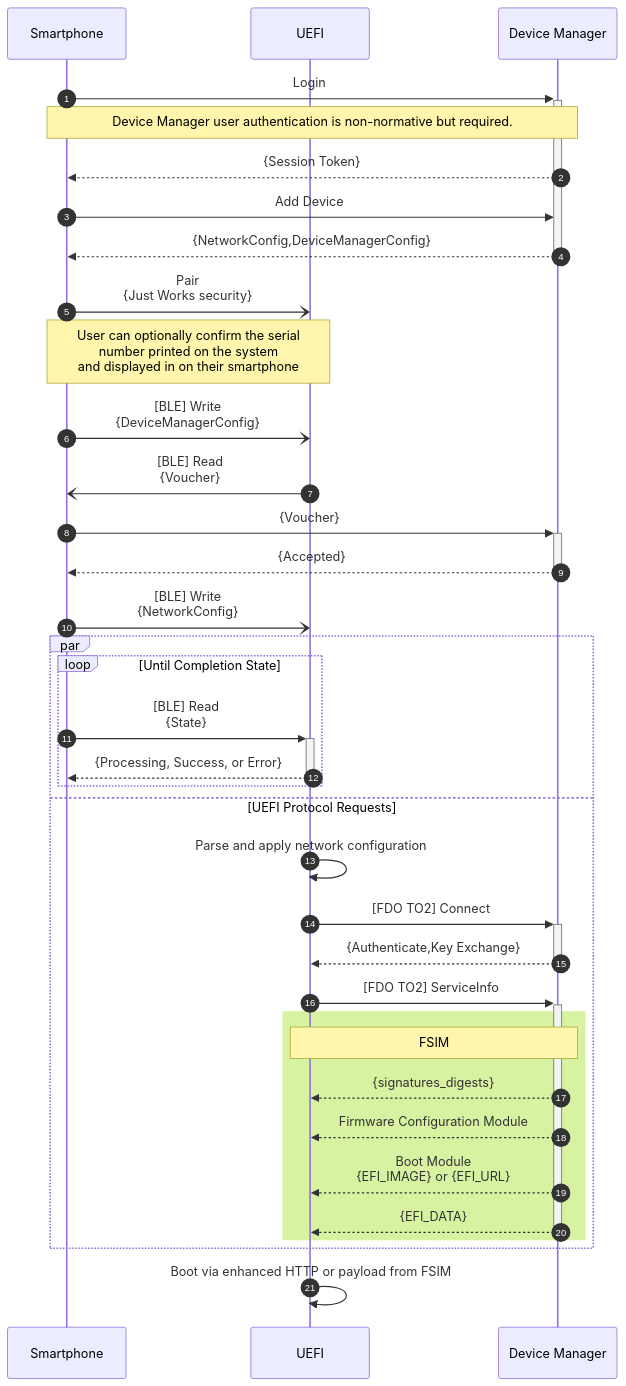
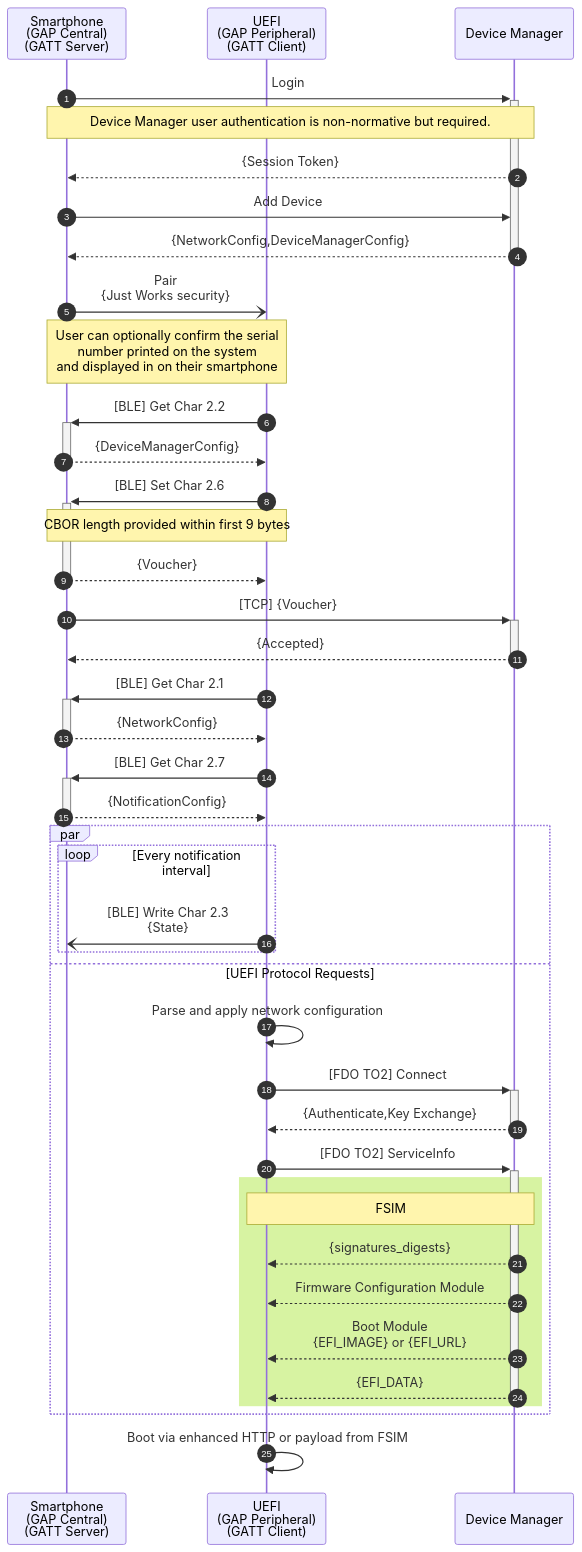
Before and after one commit to fido-device-onboard/uefi-ble-fdo: the first of 3 diagrams in SPEC.md, drawn with Mermaid. The commit also changed other lines of this file, not shown here.

Commit message:
Switch GATT client/server roles

````diff
--- a/SPEC.md
+++ b/SPEC.md
@@ -36,44 +36,54 @@
 ```mermaid
 sequenceDiagram
-    participant ue as Smartphone
-    participant uefi as UEFI
+    participant ue as Smartphone<br/>(GAP Central)<br/>(GATT Server)
+    participant uefi as UEFI<br/>(GAP Peripheral)<br/>(GATT Client)
     participant dm as Device Manager
 
     autonumber
 
     ue ->>+ dm: Login
     note over ue,dm: Device Manager user authentication is non-normative but required.
     dm -->> ue: {Session Token}
     ue ->> dm: Add Device
     dm -->>- ue: {NetworkConfig,DeviceManagerConfig}
 
     ue -) uefi: Pair<br>{Just Works security}
     note over ue, uefi: User can optionally confirm the serial<br/>number printed on the system<br/>and displayed in on their smartphone
 
-    ue -) uefi: [BLE] Write<br/>{DeviceManagerConfig}
-    uefi -) ue: [BLE] Read<br/>{Voucher}
-    ue ->>+ dm: {Voucher}
+    
+
+    uefi ->>+ ue: [BLE] Get Char 2.2
+    ue -->>- uefi: {DeviceManagerConfig}
+
+    uefi ->>+ ue: [BLE] Set Char 2.6
+    note over ue,uefi: CBOR length provided within first 9 bytes
+    ue -->>- uefi: {Voucher}
+
+    ue ->>+ dm: [TCP] {Voucher}
     dm -->>- ue: {Accepted}
 
-    ue -) uefi: [BLE] Write<br/>{NetworkConfig}
+    uefi ->>+ ue: [BLE] Get Char 2.1
+    ue -->>- uefi: {NetworkConfig}
+
+    uefi ->>+ ue: [BLE] Get Char 2.7
+    ue -->>- uefi: {NotificationConfig}
 
     par
-        loop Until Completion State
-        ue ->>+ uefi: [BLE] Read<br/>{State}
-        uefi -->>- ue: {Processing, Success, or Error}
+        loop Every notification interval
+        uefi -) ue: [BLE] Write Char 2.3<br/>{State}
     end
      and UEFI Protocol Requests
         uefi ->> uefi: Parse and apply network configuration
         uefi ->>+ dm: [FDO TO2] Connect
         dm -->>- uefi: {Authenticate,Key Exchange}
         uefi ->>+ dm: [FDO TO2] ServiceInfo
         rect rgb(215,243,162)
             note over dm,uefi: FSIM
             dm -->> uefi: {signatures_digests}
             dm -->> uefi: Firmware Configuration Module
             dm -->> uefi: Boot Module<br/>{EFI_IMAGE} or {EFI_URL}
             dm -->>- uefi: {EFI_DATA}
         end
     end
     uefi ->> uefi: Boot via enhanced HTTP or payload from FSIM
 ```
````
